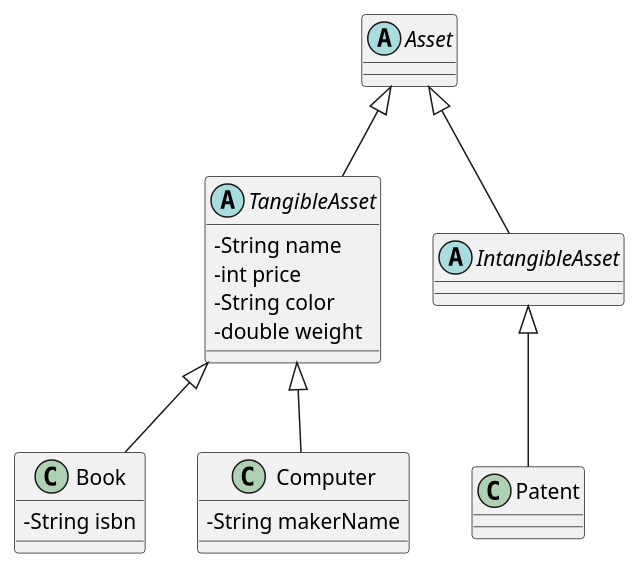
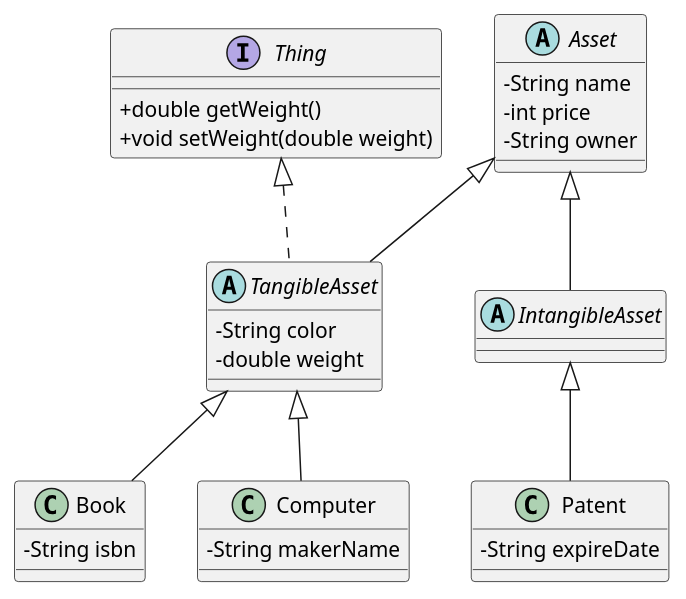
Before and after one commit to SurvivalCodingCampus/polytech_java_study: the diagram in src/main/java/com/survivalcoding/Asset/asset.puml, drawn with PlantUML. The commit also changed 4 other files, not shown here.

Commit message:
docs: asset PlantUML 수정

```diff
--- a/src/main/java/com/survivalcoding/Asset/asset.puml
+++ b/src/main/java/com/survivalcoding/Asset/asset.puml
@@ -1,34 +1,39 @@
 @startuml
 'https://plantuml.com/class-diagram
 
 scale 1
 skinparam classAttributeIconSize 0
 
 Abstract class Asset {
-
+    - String name
+    - int price
+    - String owner
 }
 
-Abstract class TangibleAsset extends Asset {
-    - String name
-    - int price
+interface Thing {
+    + double getWeight()
+    + void setWeight(double weight)
+}
+
+Abstract class TangibleAsset extends Asset implements Thing {
     - String color
     - double weight
 }
 
 Class Book extends TangibleAsset {
     - String isbn
 }
 
 class Computer extends TangibleAsset {
     - String makerName
 }
 
 Abstract class IntangibleAsset extends Asset {
 
 }
 
 class Patent extends IntangibleAsset {
-
+    - String expireDate
 }
 
 @enduml
```
